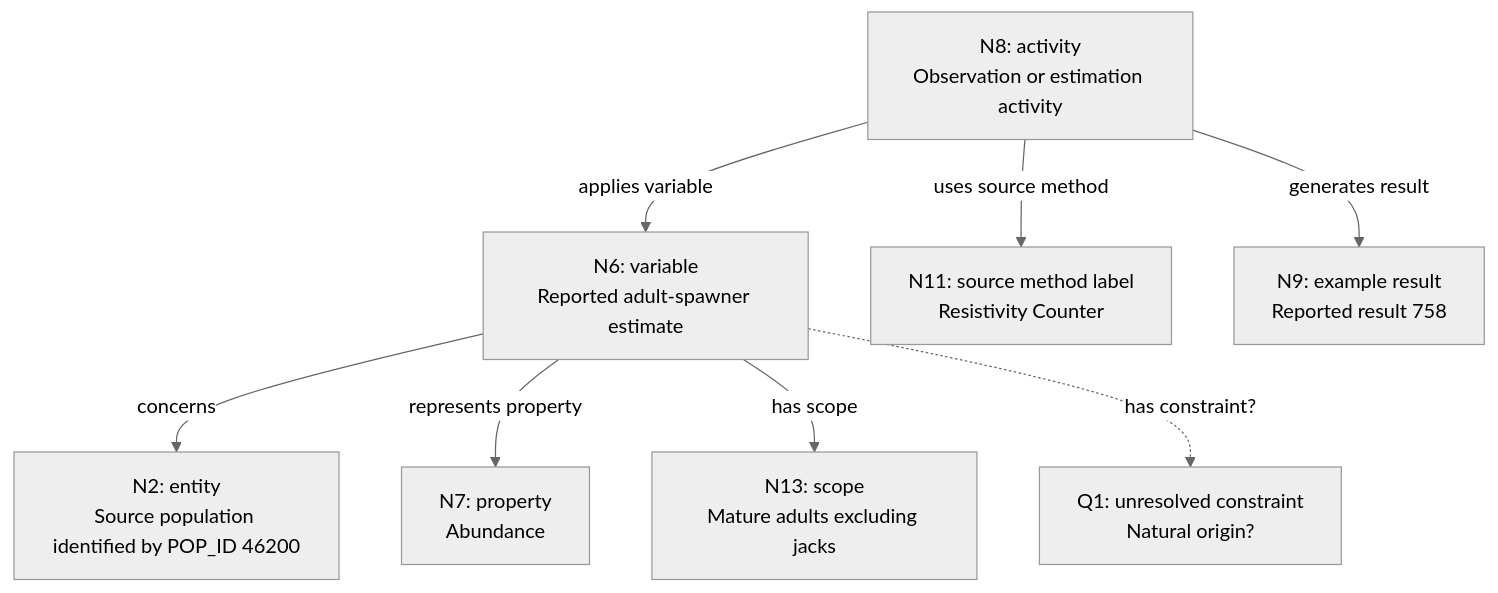
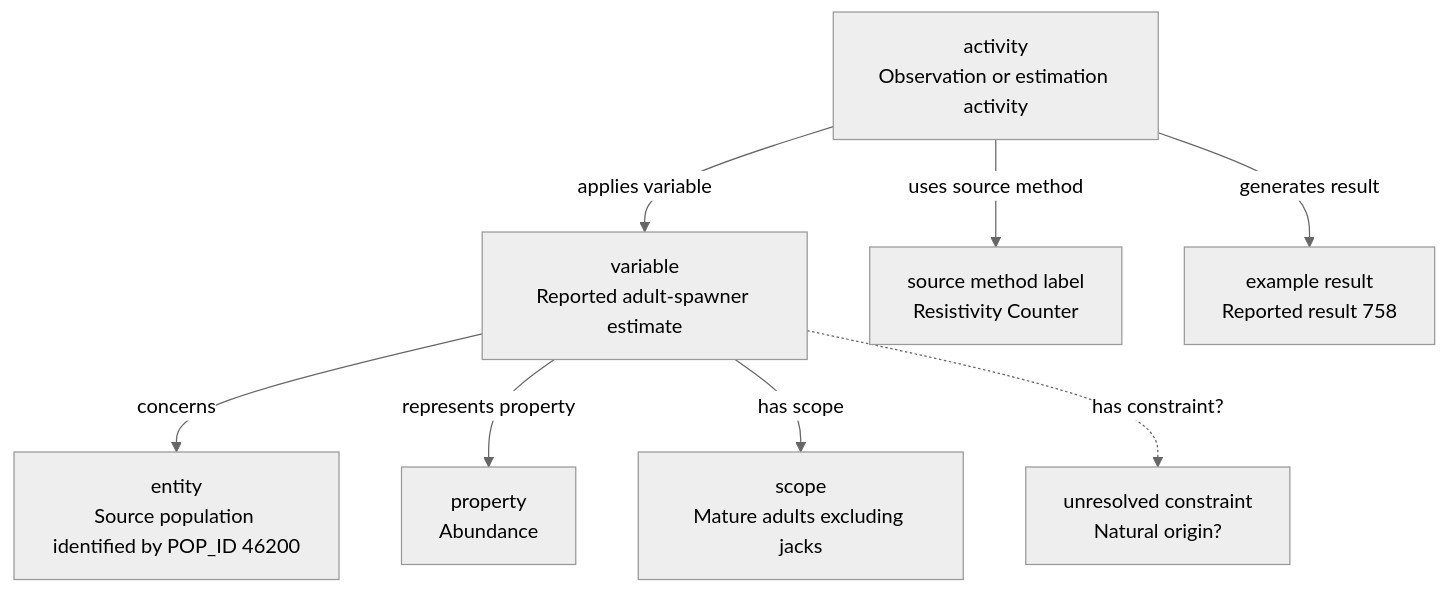
One commit to salmon-data-mobilization/salmon-data-standards-workshop changed the diagram in episodes/files/fraser-coho-workshop/reference/measurement-sketch-working.mmd. Above: the diagram before and after it, drawn with Mermaid (neutral theme). The commit also changed 4 other files, not shown here.

```diff
--- a/episodes/files/fraser-coho-workshop/reference/measurement-sketch-working.mmd
+++ b/episodes/files/fraser-coho-workshop/reference/measurement-sketch-working.mmd
@@ -1,16 +1,16 @@
 flowchart TB
-  N6["N6: variable<br/>Reported adult-spawner estimate"]
-  N2["N2: entity<br/>Source population identified by POP_ID 46200"]
-  N7["N7: property<br/>Abundance"]
-  N13["N13: scope<br/>Mature adults excluding jacks"]
-  Q1["Q1: unresolved constraint<br/>Natural origin?"]
-  N8["N8: activity<br/>Observation or estimation activity"]
-  N11["N11: source method label<br/>Resistivity Counter"]
-  N9["N9: example result<br/>Reported result 758"]
+  N6["variable<br/>Reported adult-spawner estimate"]
+  N2["entity<br/>Source population identified by POP_ID 46200"]
+  N7["property<br/>Abundance"]
+  N13["scope<br/>Mature adults excluding jacks"]
+  Q1["unresolved constraint<br/>Natural origin?"]
+  N8["activity<br/>Observation or estimation activity"]
+  N11["source method label<br/>Resistivity Counter"]
+  N9["example result<br/>Reported result 758"]
   N6 -->|concerns| N2
   N6 -->|represents property| N7
   N6 -->|has scope| N13
   N6 -.->|has constraint?| Q1
   N8 -->|applies variable| N6
   N8 -->|uses source method| N11
   N8 -->|generates result| N9
```
